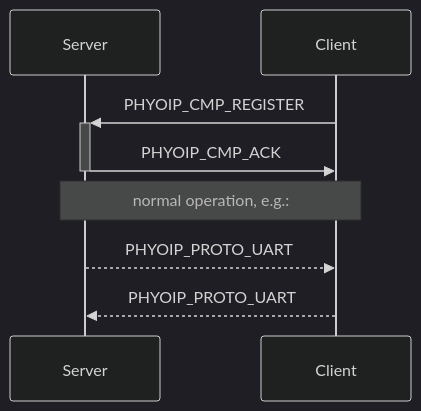
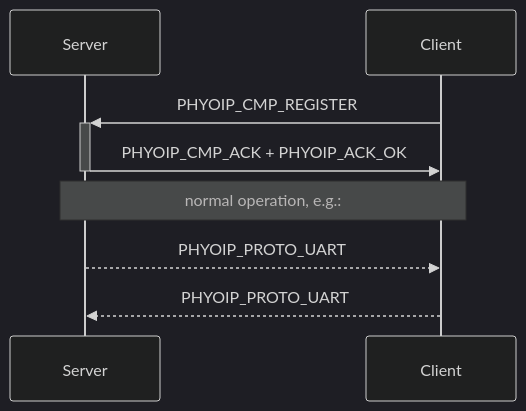
The second of 3 diagrams in readme.md (PHYoIP/protocol), drawn with Mermaid (dark theme) before and after one commit. The commit also changed other lines of this file and 3 other files, not shown here.

````diff
--- a/readme.md
+++ b/readme.md
@@ -37,10 +37,10 @@
 ```mermaid
 sequenceDiagram
     participant S as Server
     participant C as Client
     C ->>+ S: PHYOIP_CMP_REGISTER
-    S ->>- C: PHYOIP_CMP_ACK
+    S ->>- C: PHYOIP_CMP_ACK + PHYOIP_ACK_OK
     Note over S,C: normal operation, e.g.:
     S -->> C: PHYOIP_PROTO_UART
     C -->> S: PHYOIP_PROTO_UART
 ```
````
